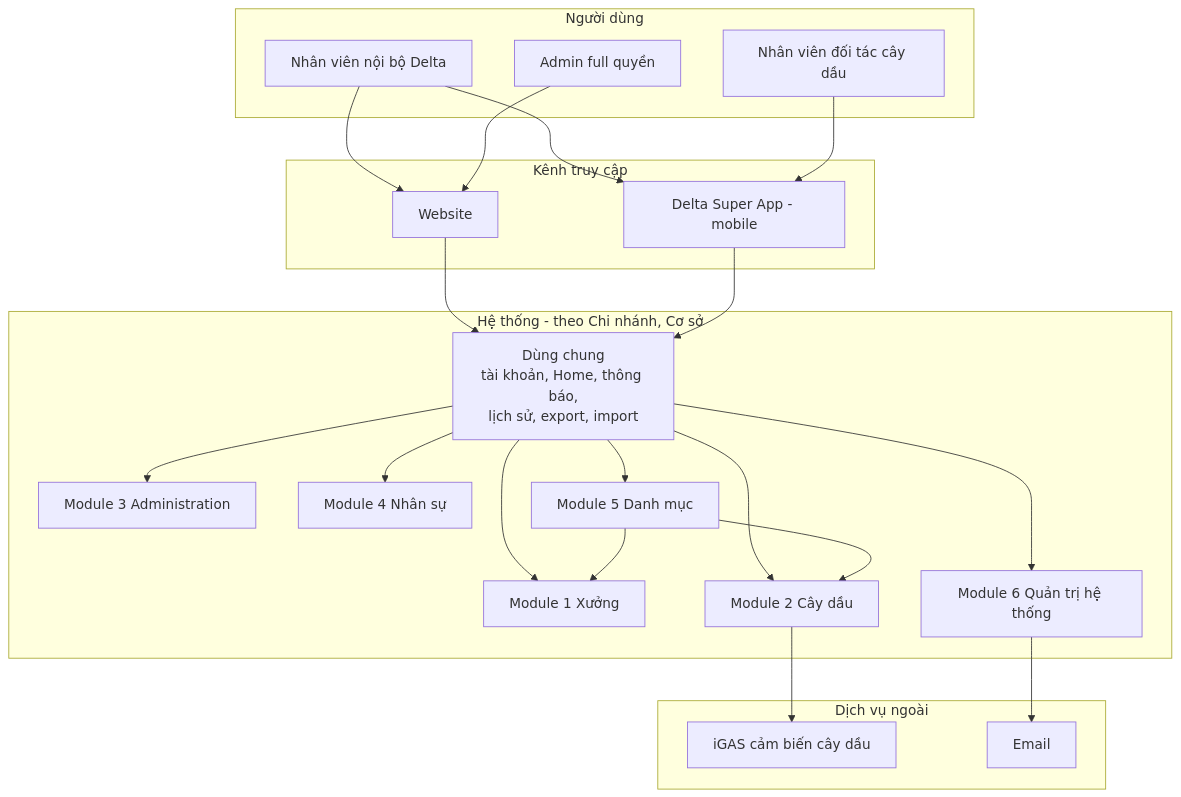
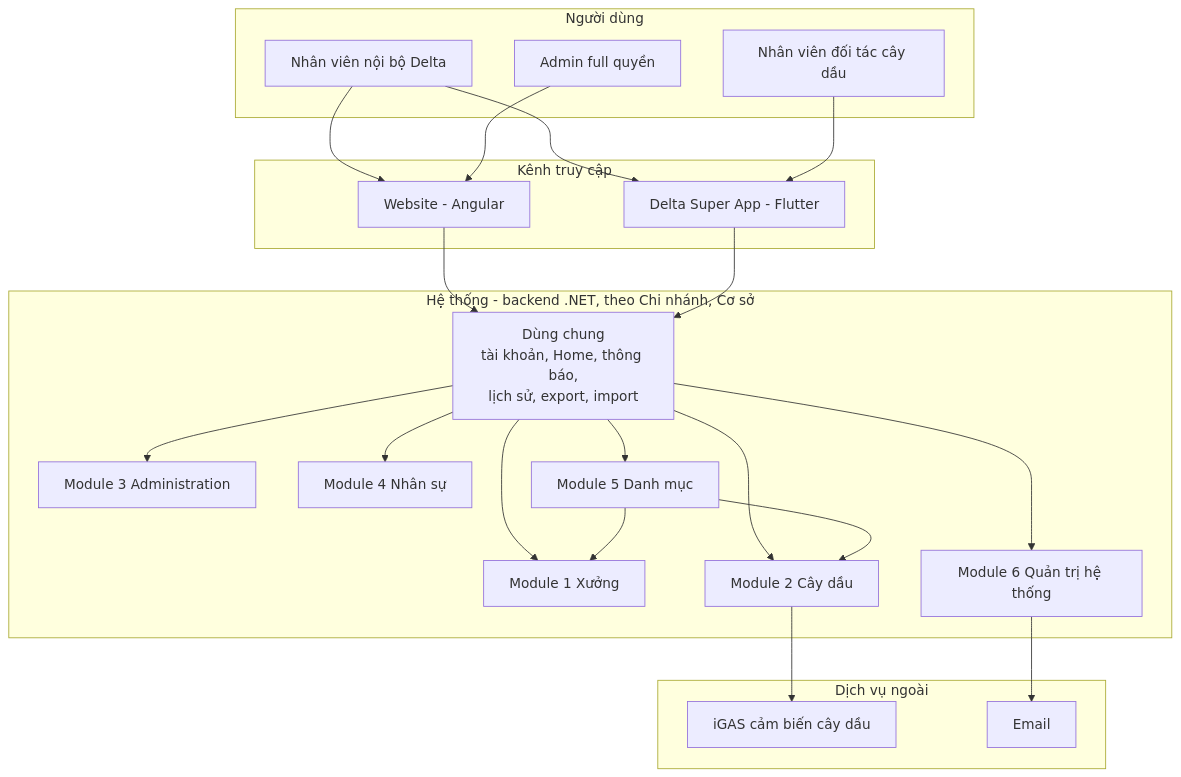
The diagram in docs/_shared/system-overview.md (szitphan/invlogis), drawn with Mermaid before and after one commit. The commit also changed other lines of this file and 153 other files, not shown here.

````diff
--- a/docs/_shared/system-overview.md
+++ b/docs/_shared/system-overview.md
@@ -75,41 +75,41 @@
 ```mermaid
 graph TB
   subgraph NguoiDung[Người dùng]
     NV[Nhân viên nội bộ Delta]
     AD[Admin full quyền]
     DT[Nhân viên đối tác cây dầu]
   end
   subgraph Kenh[Kênh truy cập]
-    Web[Website]
-    Mob[Delta Super App - mobile]
+    Web["Website - Angular"]
+    Mob["Delta Super App - Flutter"]
   end
-  subgraph HeThong["Hệ thống - theo Chi nhánh, Cơ sở"]
+  subgraph HeThong["Hệ thống - backend .NET, theo Chi nhánh, Cơ sở"]
     Chung["Dùng chung<br/>tài khoản, Home, thông báo,<br/>lịch sử, export, import"]
     M1[Module 1 Xưởng]
     M2[Module 2 Cây dầu]
     M3[Module 3 Administration]
     M4[Module 4 Nhân sự]
     M5[Module 5 Danh mục]
     M6[Module 6 Quản trị hệ thống]
   end
   subgraph BenNgoai[Dịch vụ ngoài]
     IGAS[iGAS cảm biến cây dầu]
     Mail[Email]
   end
   NV --> Web
   NV --> Mob
   AD --> Web
   DT --> Mob
   Web --> Chung
   Mob --> Chung
   Chung --> M1
   Chung --> M2
   Chung --> M3
   Chung --> M4
   Chung --> M5
   Chung --> M6
   M5 --> M1
   M5 --> M2
   M2 --> IGAS
   M6 --> Mail
 ```
````
